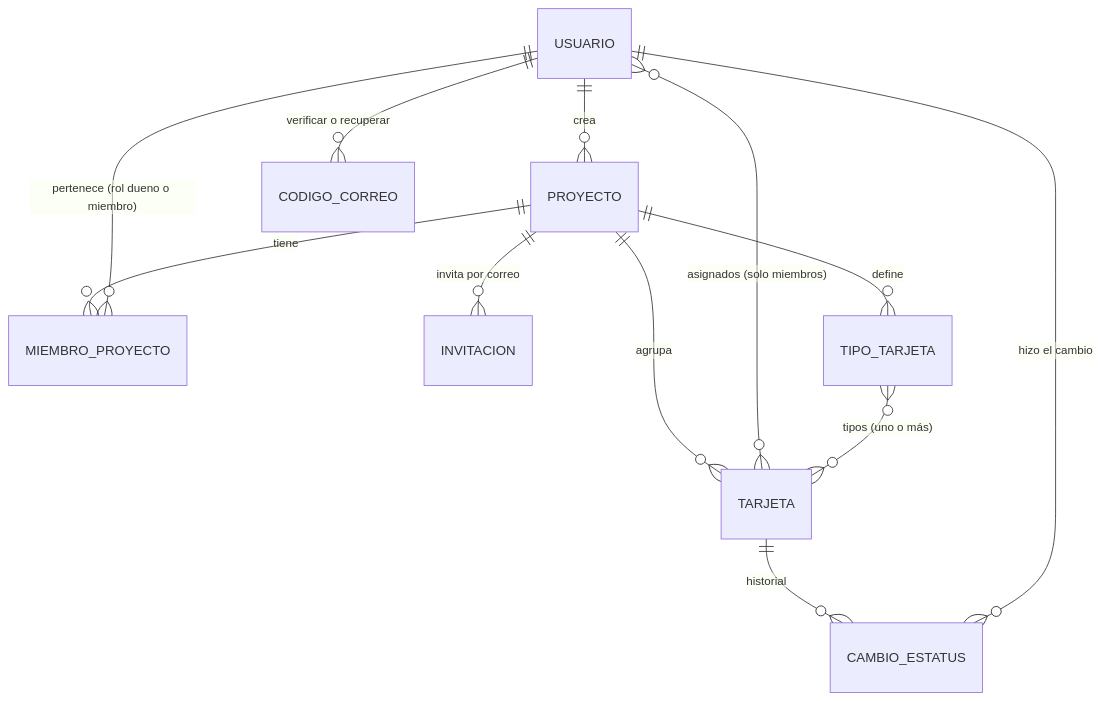
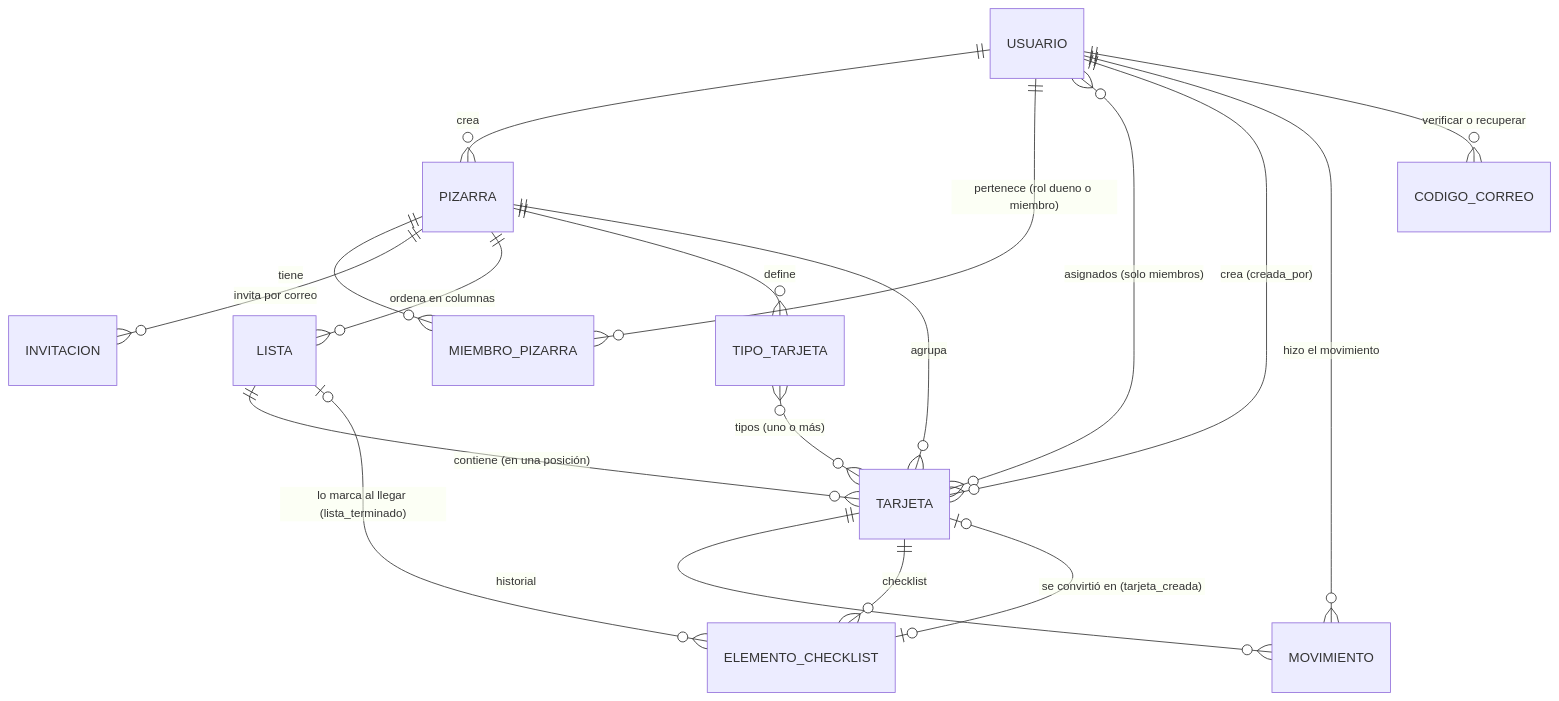
The diagram in docs/propuesta-arquitectura.md (ErnestoAS/TaskFlow), drawn with Mermaid before and after one commit. The commit also changed other lines of this file and 79 other files, not shown here.

````diff
--- a/docs/propuesta-arquitectura.md
+++ b/docs/propuesta-arquitectura.md
@@ -67,14 +63,20 @@
 ```mermaid
 erDiagram
-    USUARIO ||--o{ PROYECTO : "crea"
-    PROYECTO ||--o{ MIEMBRO_PROYECTO : "tiene"
-    USUARIO ||--o{ MIEMBRO_PROYECTO : "pertenece (rol dueno o miembro)"
-    PROYECTO ||--o{ INVITACION : "invita por correo"
-    PROYECTO ||--o{ TARJETA : "agrupa"
+    USUARIO ||--o{ PIZARRA : "crea"
+    PIZARRA ||--o{ MIEMBRO_PIZARRA : "tiene"
+    USUARIO ||--o{ MIEMBRO_PIZARRA : "pertenece (rol dueno o miembro)"
+    PIZARRA ||--o{ INVITACION : "invita por correo"
+    PIZARRA ||--o{ LISTA : "ordena en columnas"
+    PIZARRA ||--o{ TIPO_TARJETA : "define"
+    PIZARRA ||--o{ TARJETA : "agrupa"
+    LISTA ||--o{ TARJETA : "contiene (en una posición)"
     USUARIO }o--o{ TARJETA : "asignados (solo miembros)"
-    PROYECTO ||--o{ TIPO_TARJETA : "define"
+    USUARIO ||--o{ TARJETA : "crea (creada_por)"
     TIPO_TARJETA }o--o{ TARJETA : "tipos (uno o más)"
-    TARJETA ||--o{ CAMBIO_ESTATUS : "historial"
-    USUARIO ||--o{ CAMBIO_ESTATUS : "hizo el cambio"
+    TARJETA ||--o{ MOVIMIENTO : "historial"
+    USUARIO ||--o{ MOVIMIENTO : "hizo el movimiento"
+    TARJETA ||--o{ ELEMENTO_CHECKLIST : "checklist"
+    ELEMENTO_CHECKLIST |o--o| TARJETA : "se convirtió en (tarjeta_creada)"
+    LISTA |o--o{ ELEMENTO_CHECKLIST : "lo marca al llegar (lista_terminado)"
     USUARIO ||--o{ CODIGO_CORREO : "verificar o recuperar"
 ```
````
